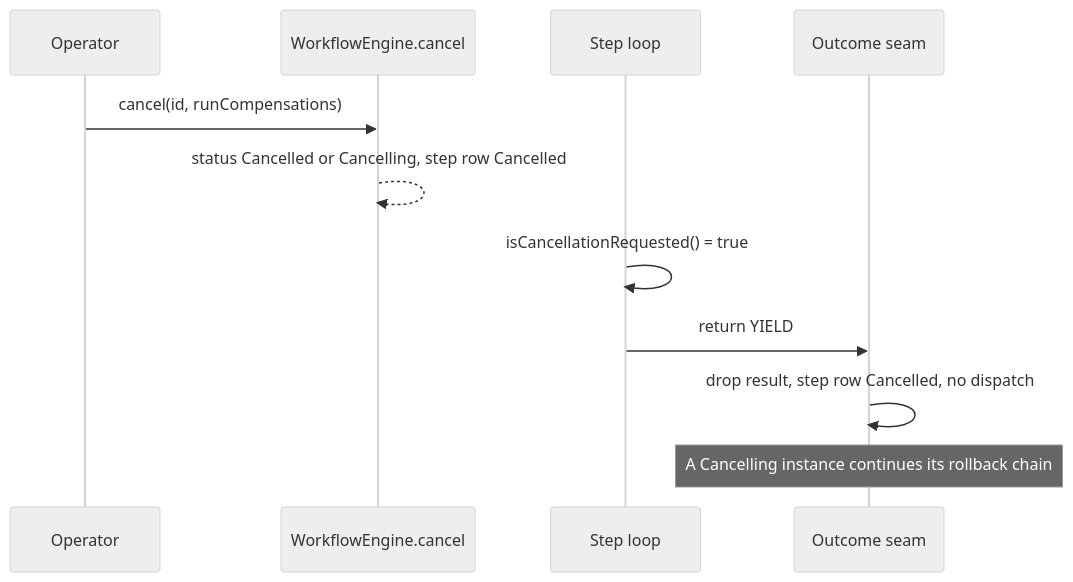
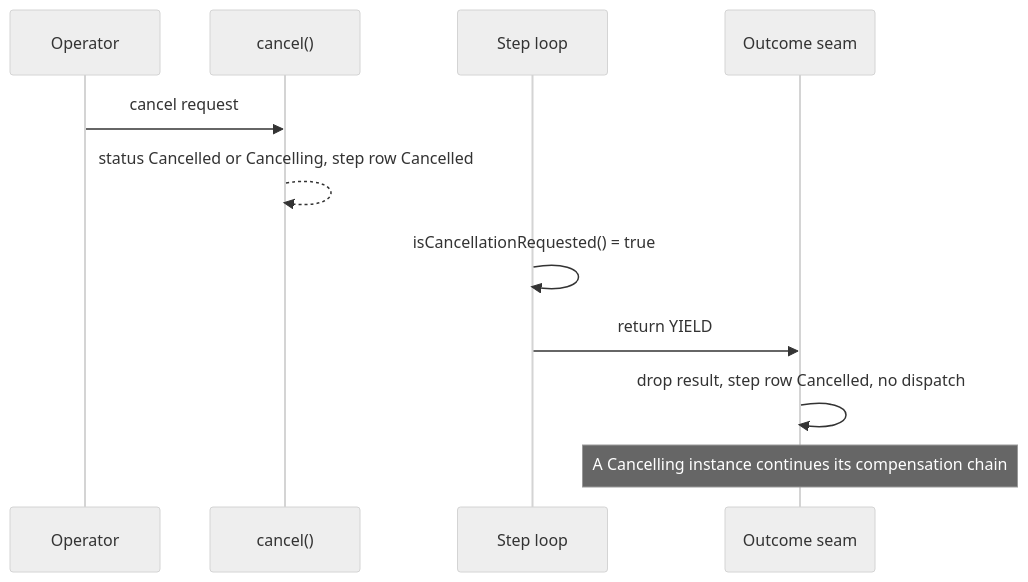
Before and after one commit to madmax983/revenant: the diagram in docs/cooperative-cancellation.md, drawn with Mermaid (neutral theme). The commit also changed other lines of this file and 15 other files, not shown here.

````diff
--- a/docs/cooperative-cancellation.md
+++ b/docs/cooperative-cancellation.md
@@ -50,13 +61,13 @@
 ```mermaid
 sequenceDiagram
     participant Op as Operator
-    participant Eng as WorkflowEngine.cancel
+    participant Eng as cancel()
     participant Step as Step loop
     participant Seam as Outcome seam
-    Op->>Eng: cancel(id, runCompensations)
+    Op->>Eng: cancel request
     Eng-->>Eng: status Cancelled or Cancelling, step row Cancelled
     Step->>Step: isCancellationRequested() = true
     Step->>Seam: return YIELD
     Seam->>Seam: drop result, step row Cancelled, no dispatch
-    Note over Seam: A Cancelling instance continues its rollback chain
+    Note over Seam: A Cancelling instance continues its compensation chain
 ```
````
